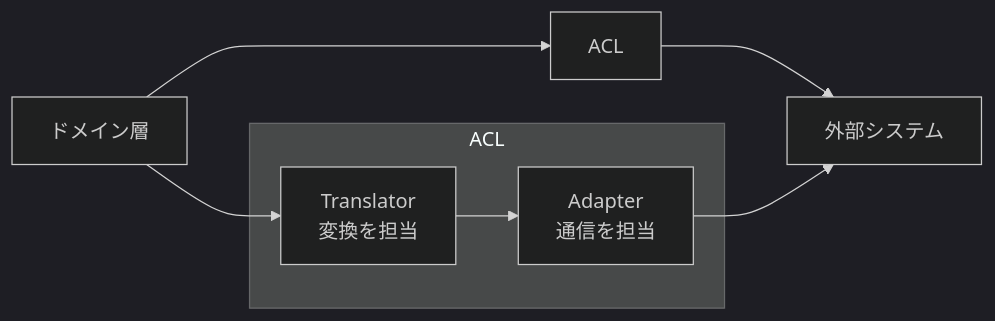
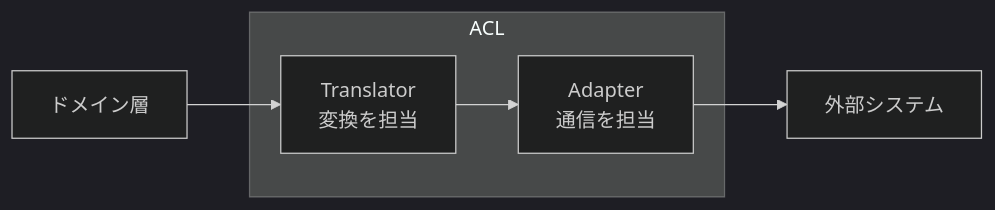
One commit to 135yshr/documents changed the diagram in articles/f757ebaf058ccd.md. Above: the diagram before and after it, drawn with Mermaid (dark theme). The commit also changed other lines of this file, not shown here.

First line of the commit message:
📝 fix: address code and structural issues in ACL article

````diff
--- a/articles/f757ebaf058ccd.md
+++ b/articles/f757ebaf058ccd.md
@@ -43,12 +43,8 @@
 ```mermaid
 graph LR
-    A[ドメイン層] --> B[ACL]
-    B --> C[外部システム]
+    A[ドメイン層] --> B2
     subgraph ACL
-        B1[Adapter<br/>通信を担当]
-        B2[Translator<br/>変換を担当]
+        B2[Translator<br/>変換を担当] --> B1[Adapter<br/>通信を担当]
     end
-    A --> B2
-    B2 --> B1
-    B1 --> C
+    B1 --> C[外部システム]
 ```
````
